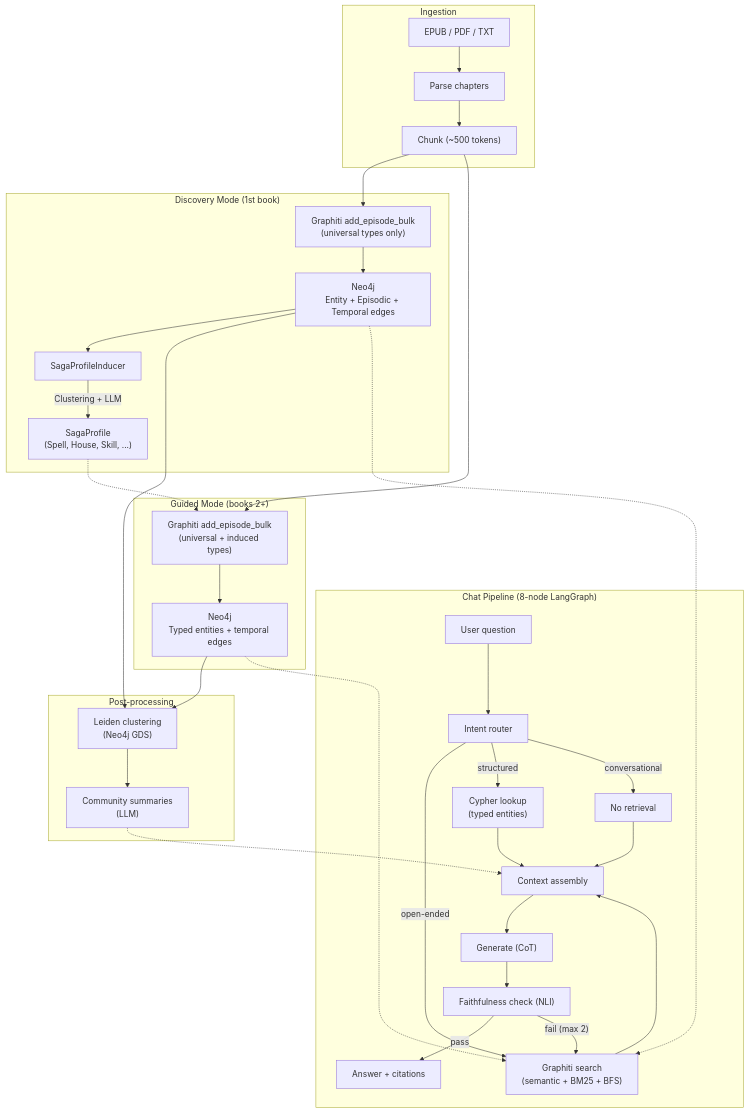
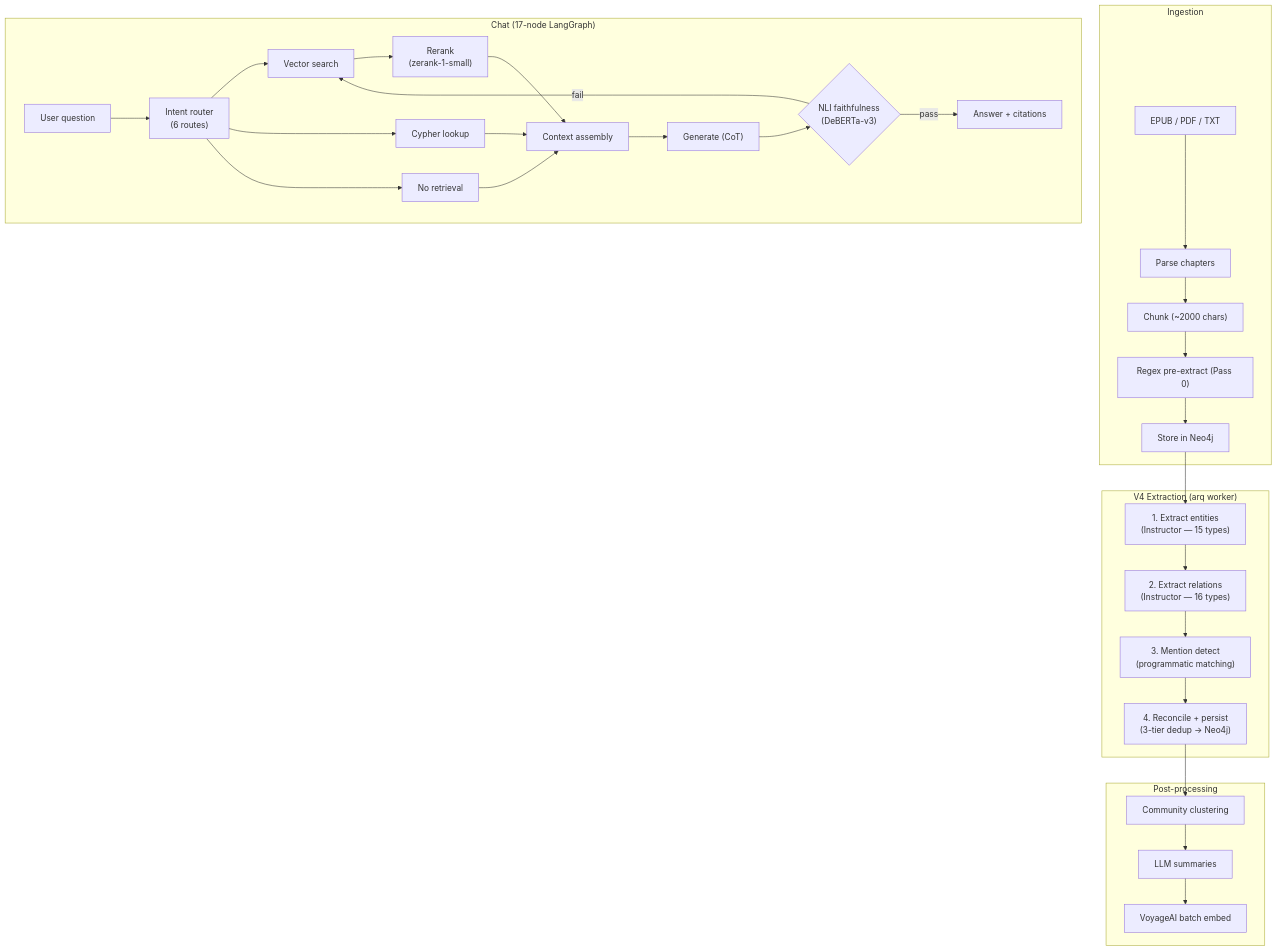
The diagram in README.md (xairon/WorldRAG), drawn with Mermaid before and after one commit. The commit also changed other lines of this file and 59 other files, not shown here.

````diff
--- a/README.md
+++ b/README.md
@@ -25,44 +22,37 @@
 ```mermaid
 flowchart TB
     subgraph Ingestion
         EPUB["EPUB / PDF / TXT"] --> PARSE["Parse chapters"]
-        PARSE --> CHUNK["Chunk (~500 tokens)"]
+        PARSE --> CHUNK["Chunk (~2000 chars)"]
+        CHUNK --> REGEX["Regex pre-extract (Pass 0)"]
+        REGEX --> NEO4J_STORE["Store in Neo4j"]
     end
 
-    subgraph Discovery["Discovery Mode (1st book)"]
-        CHUNK --> GRAPHITI_D["Graphiti add_episode_bulk<br/>(universal types only)"]
-        GRAPHITI_D --> NEO4J_D["Neo4j<br/>Entity + Episodic + Temporal edges"]
-        NEO4J_D --> INDUCER["SagaProfileInducer"]
-        INDUCER --> |"Clustering + LLM"| PROFILE["SagaProfile<br/>(Spell, House, Skill, ...)"]
-    end
-
-    subgraph Guided["Guided Mode (books 2+)"]
-        CHUNK --> GRAPHITI_G["Graphiti add_episode_bulk<br/>(universal + induced types)"]
-        GRAPHITI_G --> NEO4J_G["Neo4j<br/>Typed entities + temporal edges"]
+    subgraph Extraction["V4 Extraction (arq worker)"]
+        NEO4J_STORE --> ENTITIES["1. Extract entities<br/>(Instructor — 15 types)"]
+        ENTITIES --> RELATIONS["2. Extract relations<br/>(Instructor — 16 types)"]
+        RELATIONS --> MENTIONS["3. Mention detect<br/>(programmatic matching)"]
+        MENTIONS --> RECONCILE["4. Reconcile + persist<br/>(3-tier dedup → Neo4j)"]
     end
 
     subgraph PostProcess["Post-processing"]
-        NEO4J_D --> LEIDEN["Leiden clustering<br/>(Neo4j GDS)"]
-        NEO4J_G --> LEIDEN
-        LEIDEN --> COMMUNITY["Community summaries<br/>(LLM)"]
+        RECONCILE --> CLUSTER["Community clustering"]
+        CLUSTER --> SUMMARIES["LLM summaries"]
+        SUMMARIES --> EMBED["VoyageAI batch embed"]
     end
 
-    subgraph Chat["Chat Pipeline (8-node LangGraph)"]
-        QUERY["User question"] --> ROUTER["Intent router"]
-        ROUTER --> |"open-ended"| GRAPHITI_S["Graphiti search<br/>(semantic + BM25 + BFS)"]
-        ROUTER --> |"structured"| CYPHER["Cypher lookup<br/>(typed entities)"]
-        ROUTER --> |"conversational"| DIRECT["No retrieval"]
-        GRAPHITI_S --> CTX["Context assembly"]
+    subgraph Chat["Chat (17-node LangGraph)"]
+        QUERY["User question"] --> ROUTER["Intent router<br/>(6 routes)"]
+        ROUTER --> VECTOR["Vector search"]
+        ROUTER --> CYPHER["Cypher lookup"]
+        ROUTER --> DIRECT["No retrieval"]
+        VECTOR --> RERANK["Rerank<br/>(zerank-1-small)"]
+        RERANK --> CTX["Context assembly"]
         CYPHER --> CTX
         DIRECT --> CTX
         CTX --> GEN["Generate (CoT)"]
-        GEN --> FAITH["Faithfulness check (NLI)"]
+        GEN --> FAITH{"NLI faithfulness<br/>(DeBERTa-v3)"}
         FAITH --> |"pass"| ANSWER["Answer + citations"]
-        FAITH --> |"fail (max 2)"| GRAPHITI_S
+        FAITH --> |"fail"| VECTOR
     end
-
-    PROFILE -.-> GRAPHITI_G
-    NEO4J_D -.-> GRAPHITI_S
-    NEO4J_G -.-> GRAPHITI_S
-    COMMUNITY -.-> CTX
 ```
````
